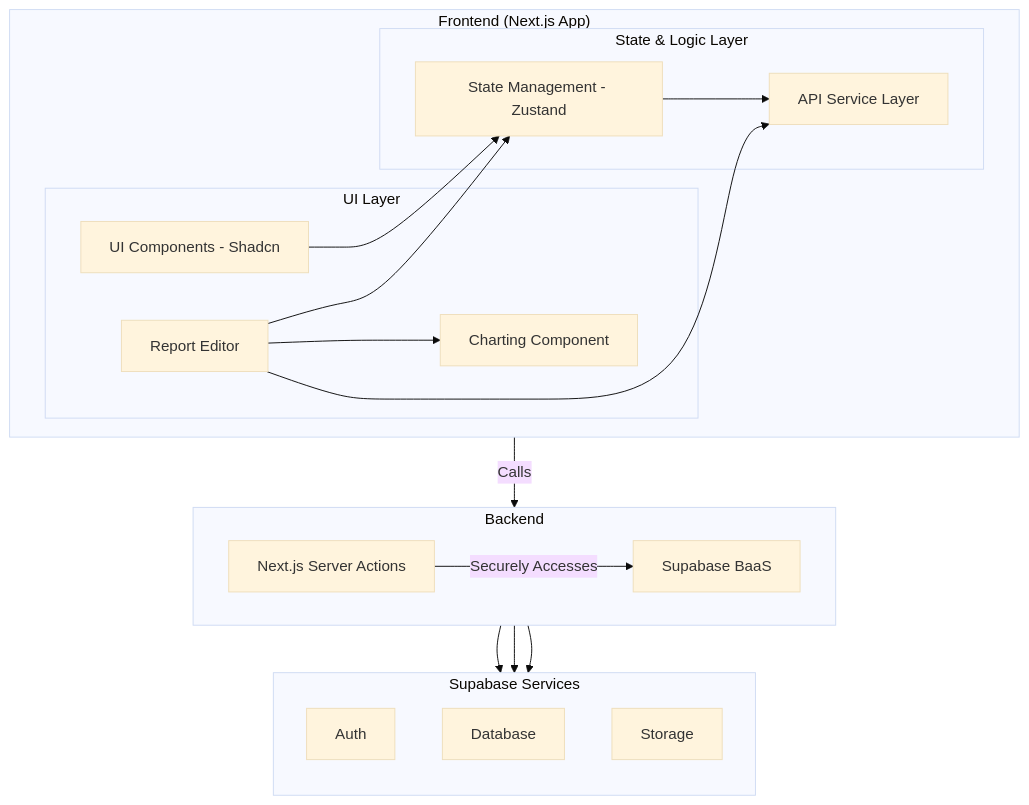
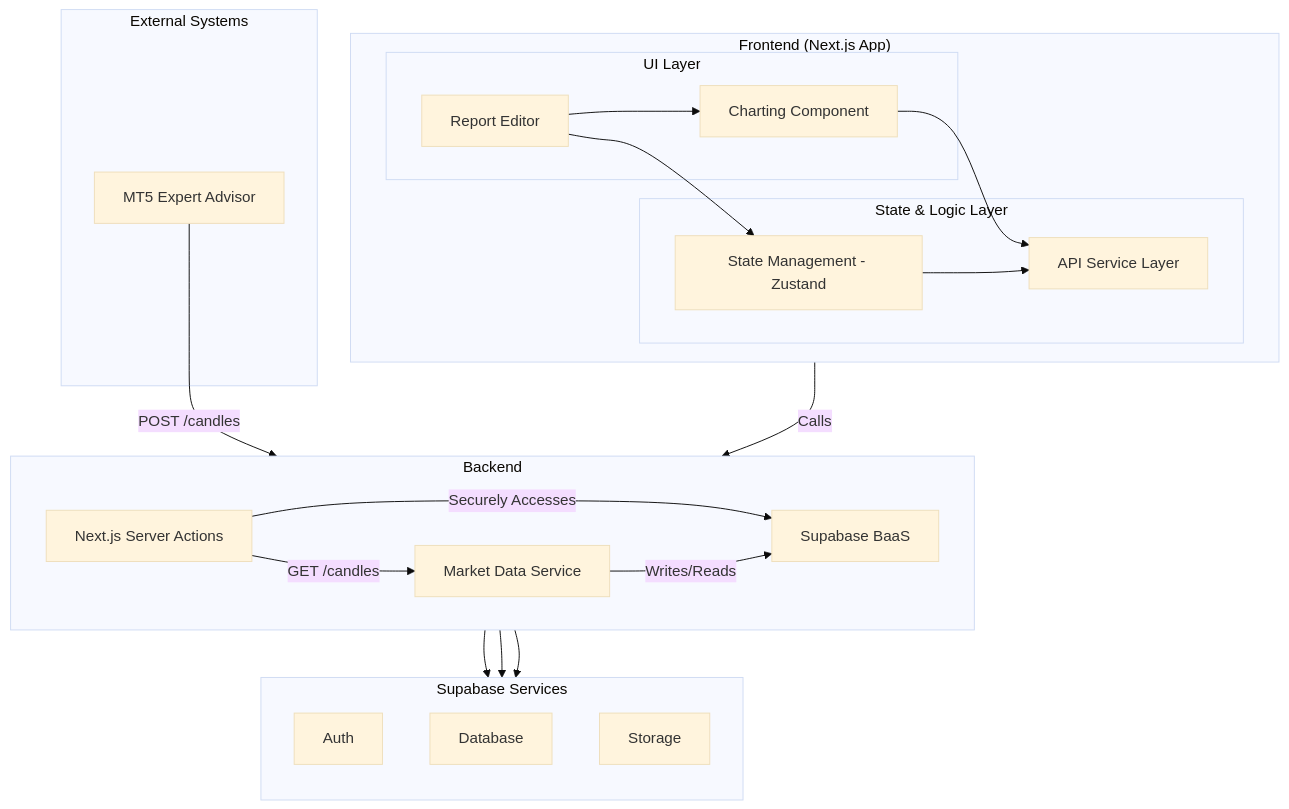
Before and after one commit to TN-Solutions/trading-system: the diagram in docs/architecture/6-components.md, drawn with Mermaid (base theme). The commit also changed other lines of this file and 73 other files, not shown here.

````diff
--- a/docs/architecture/6-components.md
+++ b/docs/architecture/6-components.md
@@ -35,43 +47,52 @@
 ```mermaid
 graph TD
+    subgraph "External Systems"
+        MT5[MT5 Expert Advisor]
+    end
+
     subgraph "Frontend (Next.js App)"
         direction LR
         
         subgraph "UI Layer"
-            UI_Comps[UI Components - Shadcn]
             ReportEditor[Report Editor]
             Charting[Charting Component]
         end
 
         subgraph "State & Logic Layer"
             StateMgmt[State Management - Zustand]
             APIService[API Service Layer]
         end
 
-        UI_Comps --> StateMgmt
         ReportEditor --> StateMgmt
         ReportEditor --> Charting
-        ReportEditor --> APIService
+        Charting --> APIService
         StateMgmt --> APIService
     end
 
     subgraph "Backend"
         direction LR
         ServerActions[Next.js Server Actions]
+        FastAPI[Market Data Service]
         Supabase[Supabase BaaS]
     end
+    
+    MT5 -- POST /candles --> FastAPI
 
     APIService -- Calls --> ServerActions
+    
     ServerActions -- Securely Accesses --> Supabase
+    ServerActions -- GET /candles --> FastAPI
+
+    FastAPI -- Writes/Reads --> Supabase
 
     subgraph "Supabase Services"
         direction TB
         Auth[Auth]
         DB[Database]
         Storage[Storage]
     end
 
     Supabase --> Auth
     Supabase --> DB
     Supabase --> Storage
 ```
````
